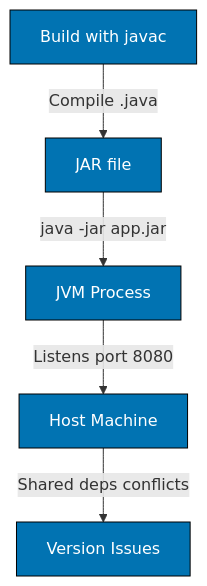
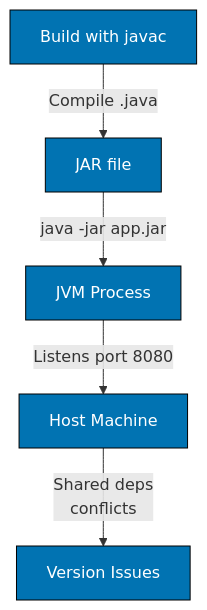
The first of 4 diagrams in repo-governance/conventions/tutorials/in-the-field/guide-structure-part4-containerization-and-cicd-flow.md (wahidyankf/ose-public), drawn with Mermaid before and after one commit. The commit also changed other lines of this file and 220 other files, not shown here.

First line of the commit message:
docs: split mermaid labels to 20 graphemes and add palette defaults

````diff
--- a/repo-governance/conventions/tutorials/in-the-field/guide-structure-part4-containerization-and-cicd-flow.md
+++ b/repo-governance/conventions/tutorials/in-the-field/guide-structure-part4-containerization-and-cicd-flow.md
@@ -10,13 +10,14 @@
 ```mermaid
 %% Color Palette: Blue #0173B2, Orange #DE8F05, Teal #029E73, Purple #CC78BC
 graph TD
     accTitle: Guide Structure Part 4: Containerization and CI/CD Flow Diagrams
     accDescr: Build with javac leads to JAR file via Compile.java; JAR file leads to java -jar app.jar; java -jar app.jar leads to JVM Process; JVM Process leads to Host Machine via Listens port 8080; and 1 more links.
     A1[Build with javac] -- Compile .java --> A2[JAR file]
     A2 -- java -jar app.jar --> A3[JVM Process]
     A3 -- Listens port 8080 --> A4[Host Machine]
-    A4 -- Shared deps conflicts --> A5[Version Issues]
+    A4 -- Shared deps<br/>conflicts --> A5[Version Issues]
 
     classDef blue fill:#0173B2,stroke:#000000,color:#FFFFFF
     class A1,A2,A3,A4,A5 blue
+    classDef default fill:#FFFFFF,stroke:#000000,color:#000000
 ```
````
